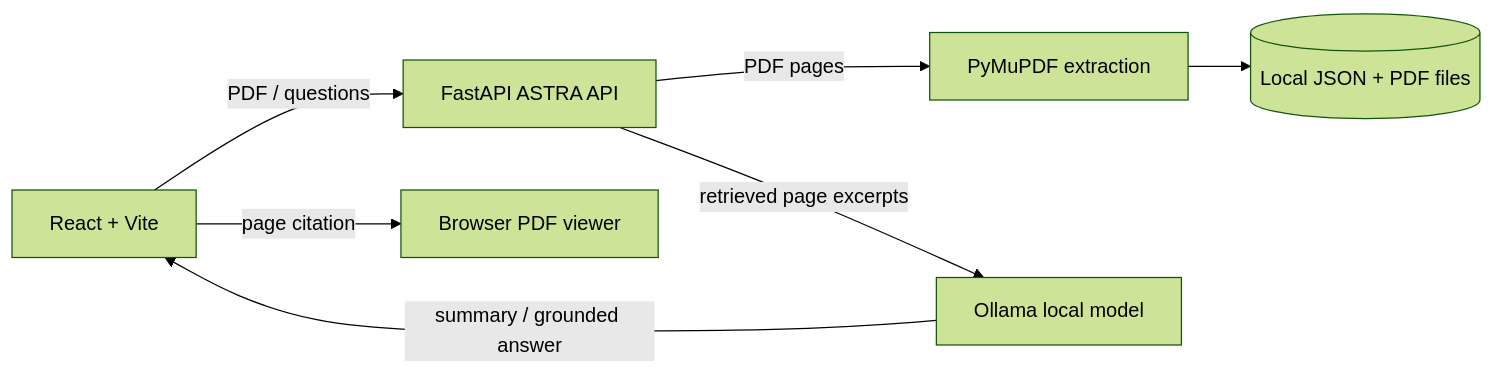
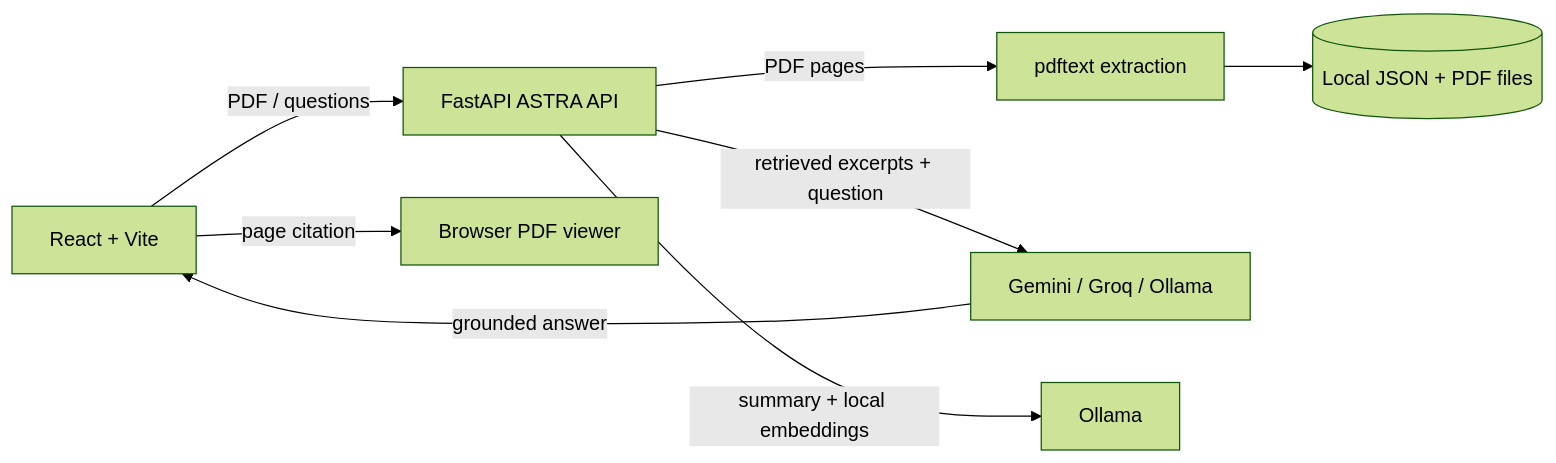
The diagram in README.md (Medora140/Astra), drawn with Mermaid (forest theme) before and after one commit. The commit also changed other lines of this file and 4 other files, not shown here.

````diff
--- a/README.md
+++ b/README.md
@@ -16,9 +16,10 @@
 ```mermaid
 flowchart LR
   UI[React + Vite] -->|PDF / questions| API[FastAPI ASTRA API]
-  API -->|PDF pages| EX[PyMuPDF extraction]
+  API -->|PDF pages| EX[pdftext extraction]
   EX --> STORE[(Local JSON + PDF files)]
-  API -->|retrieved page excerpts| LLM[Ollama local model]
-  LLM -->|summary / grounded answer| UI
+  API -->|retrieved excerpts + question| CHAT[Gemini / Groq / Ollama]
+  API -->|summary + local embeddings| OLLAMA[Ollama]
+  CHAT -->|grounded answer| UI
   UI -->|page citation| PDF[Browser PDF viewer]
 ```
````
